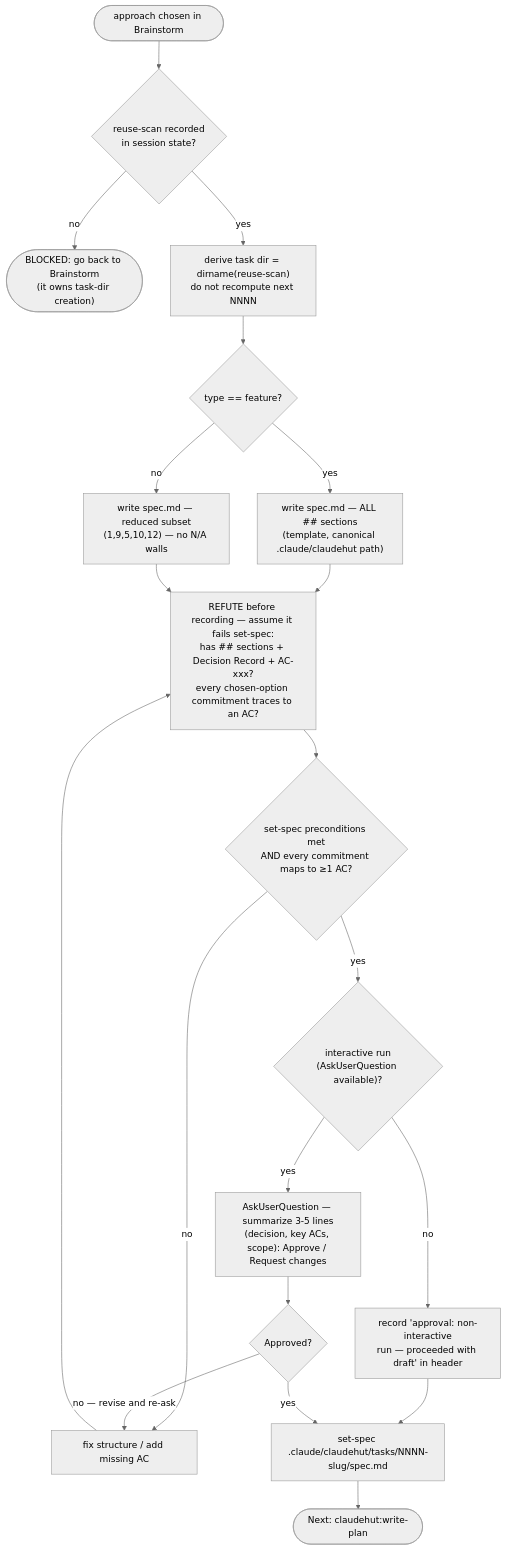
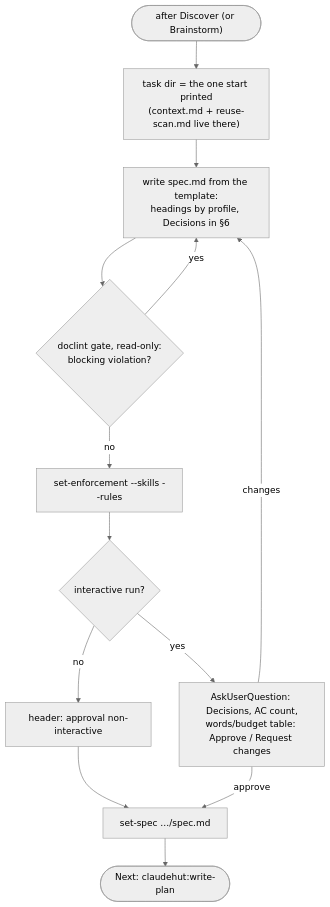
The diagram in skills/write-spec/SKILL.md (taipt1504/claudehut), drawn with Mermaid (neutral theme) before and after one commit. The commit also changed other lines of this file and 48 other files, not shown here.

````diff
--- a/skills/write-spec/SKILL.md
+++ b/skills/write-spec/SKILL.md
@@ -13,22 +15,15 @@
 ```mermaid
 flowchart TB
-  start(["approach chosen in Brainstorm"]) --> dir{"reuse-scan recorded<br/>in session state?"}
-  dir -- "no" --> back(["BLOCKED: go back to Brainstorm<br/>(it owns task-dir creation)"])
-  dir -- "yes" --> derive["derive task dir = dirname(reuse-scan)<br/>do not recompute next NNNN"]
-  derive --> size{"type == feature?"}
-  size -- "yes" --> full["write spec.md — ALL ## sections<br/>(template, canonical .claude/claudehut path)"]
-  size -- "no" --> red["write spec.md — reduced subset<br/>(1,9,5,10,12) — no N/A walls"]
-  full --> crit["REFUTE before recording — assume it fails set-spec:<br/>has ## sections + Decision Record + AC-xxx?<br/>every chosen-option commitment traces to an AC?"]
-  red --> crit
-  crit --> gate{"set-spec preconditions met<br/>AND every commitment maps to ≥1 AC?"}
-  gate -- "no" --> fix["fix structure / add missing AC"]
-  fix --> crit
-  gate -- "yes" --> mode{"interactive run<br/>(AskUserQuestion available)?"}
-  mode -- "no" --> nonint["record 'approval: non-interactive<br/>run — proceeded with draft' in header"]
-  nonint --> record
-  mode -- "yes" --> ask["AskUserQuestion — summarize 3-5 lines<br/>(decision, key ACs, scope): Approve / Request changes"]
-  ask --> verdict{"Approved?"}
-  verdict -- "no — revise and re-ask" --> fix
-  verdict -- "yes" --> record["set-spec .claude/claudehut/tasks/NNNN-slug/spec.md"]
+  start(["after Discover (or Brainstorm)"]) --> dir["task dir = the one start printed<br/>(context.md + reuse-scan.md live there)"]
+  dir --> write["write spec.md from the template:<br/>headings by profile, Decisions in §6"]
+  write --> lint{"doclint gate, read-only:<br/>blocking violation?"}
+  lint -- "yes" --> write
+  lint -- "no" --> enf["set-enforcement --skills --rules"]
+  enf --> mode{"interactive run?"}
+  mode -- "no" --> nonint["header: approval non-interactive"]
+  mode -- "yes" --> ask["AskUserQuestion: Decisions, AC count,<br/>words/budget table: Approve / Request changes"]
+  ask -- "changes" --> write
+  ask -- "approve" --> record
+  nonint --> record["set-spec …/spec.md"]
   record --> done(["Next: claudehut:write-plan"])
 ```
````
